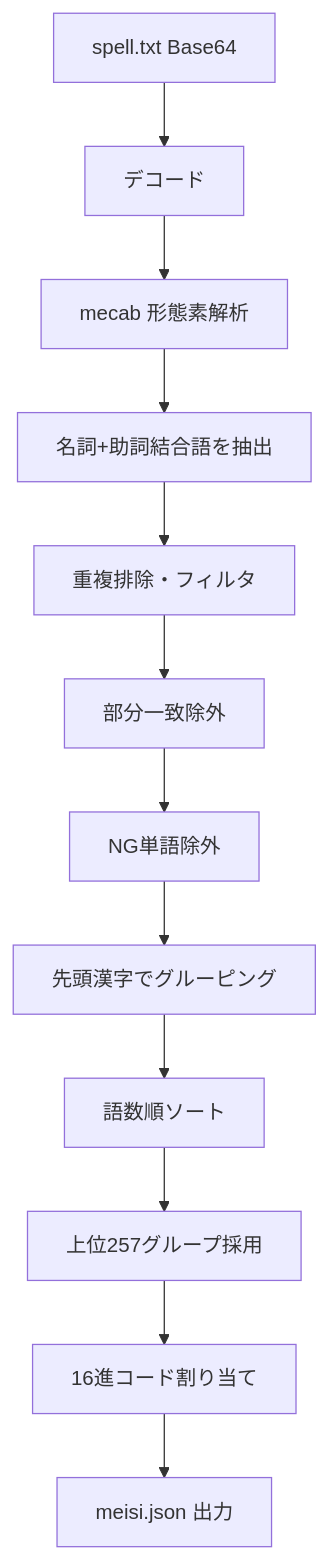
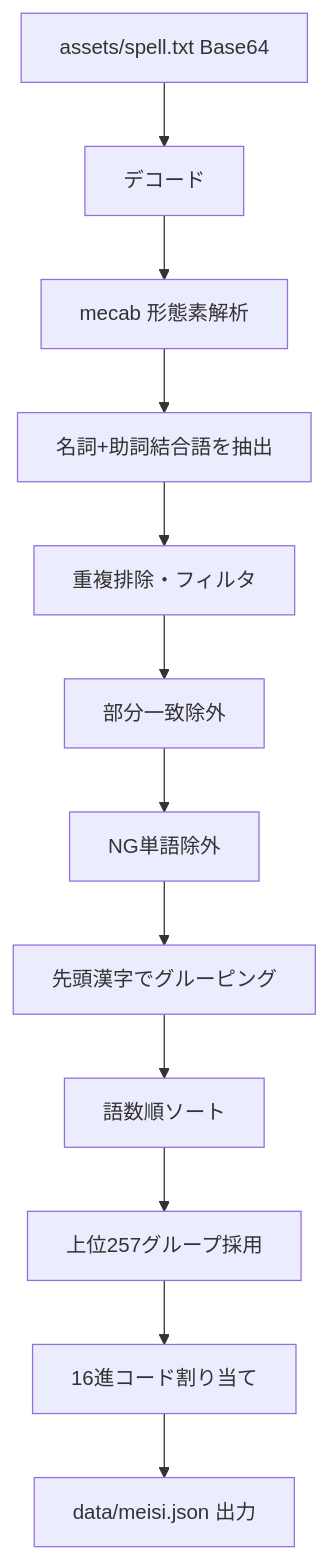
Before and after one commit to amanoese/yukichant: the second of 11 diagrams in docs/dictionary-generation.md, drawn with Mermaid. The commit also changed other lines of this file and 9 other files, not shown here.

````diff
--- a/docs/dictionary-generation.md
+++ b/docs/dictionary-generation.md
@@ -92,14 +92,14 @@
 ```mermaid
 flowchart TD
-    A[spell.txt Base64] --> B[デコード]
+    A[assets/spell.txt Base64] --> B[デコード]
     B --> C[mecab 形態素解析]
     C --> D[名詞+助詞結合語を抽出]
     D --> E[重複排除・フィルタ]
     E --> F[部分一致除外]
     F --> G[NG単語除外]
     G --> H[先頭漢字でグルーピング]
     H --> I[語数順ソート]
     I --> J[上位257グループ採用]
     J --> K[16進コード割り当て]
-    K --> L[meisi.json 出力]
+    K --> L[data/meisi.json 出力]
 ```
````
